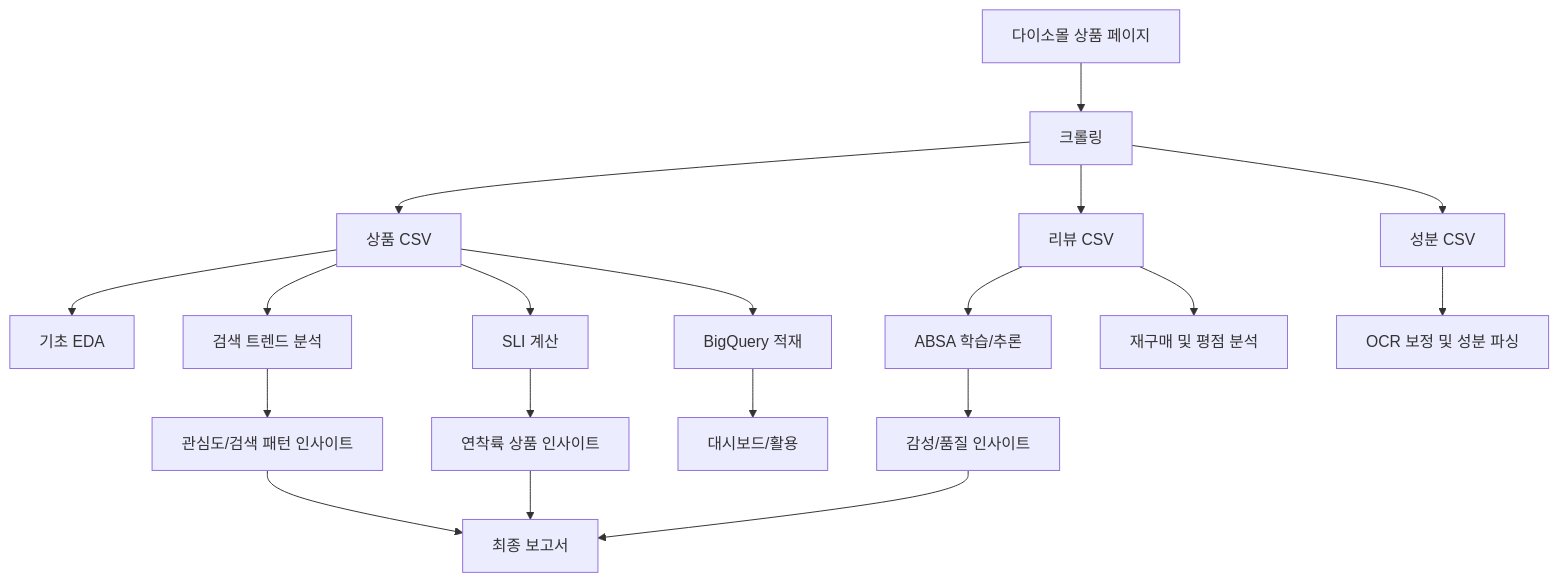
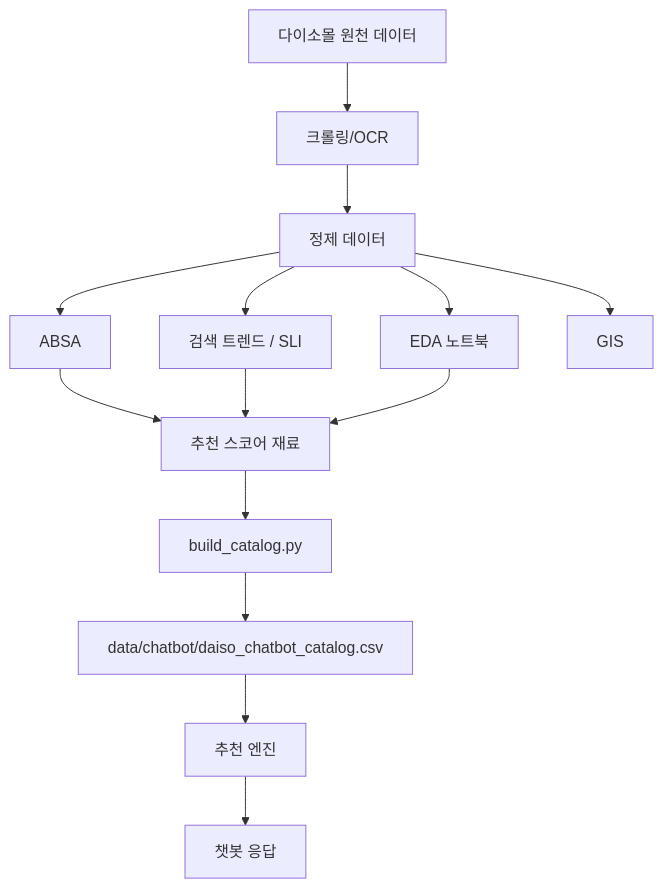
Before and after one commit to N0RT3U/daiso: the second of 2 diagrams in README.md, drawn with Mermaid. The commit also changed other lines of this file and 31 other files, not shown here.

````diff
--- a/README.md
+++ b/README.md
@@ -246,21 +238,16 @@
 ```mermaid
 flowchart TD
-    A[다이소몰 상품 페이지] --> B[크롤링]
-    B --> C[상품 CSV]
-    B --> D[리뷰 CSV]
-    B --> E[성분 CSV]
-    E --> F[OCR 보정 및 성분 파싱]
-    C --> G[기초 EDA]
-    D --> H[ABSA 학습/추론]
-    D --> I[재구매 및 평점 분석]
-    C --> J[검색 트렌드 분석]
-    C --> K[SLI 계산]
-    C --> L[BigQuery 적재]
-    H --> M[감성/품질 인사이트]
-    J --> N[관심도/검색 패턴 인사이트]
-    K --> O[연착륙 상품 인사이트]
-    L --> P[대시보드/활용]
-    M --> Q[최종 보고서]
-    N --> Q
-    O --> Q
+    A[다이소몰 원천 데이터] --> B[크롤링/OCR]
+    B --> C[정제 데이터]
+    C --> D[EDA 노트북]
+    C --> E[ABSA]
+    C --> F[검색 트렌드 / SLI]
+    C --> G[GIS]
+    E --> H[추천 스코어 재료]
+    F --> H
+    D --> H
+    H --> I[build_catalog.py]
+    I --> J[data/chatbot/daiso_chatbot_catalog.csv]
+    J --> K[추천 엔진]
+    K --> L[챗봇 응답]
 ```
````
